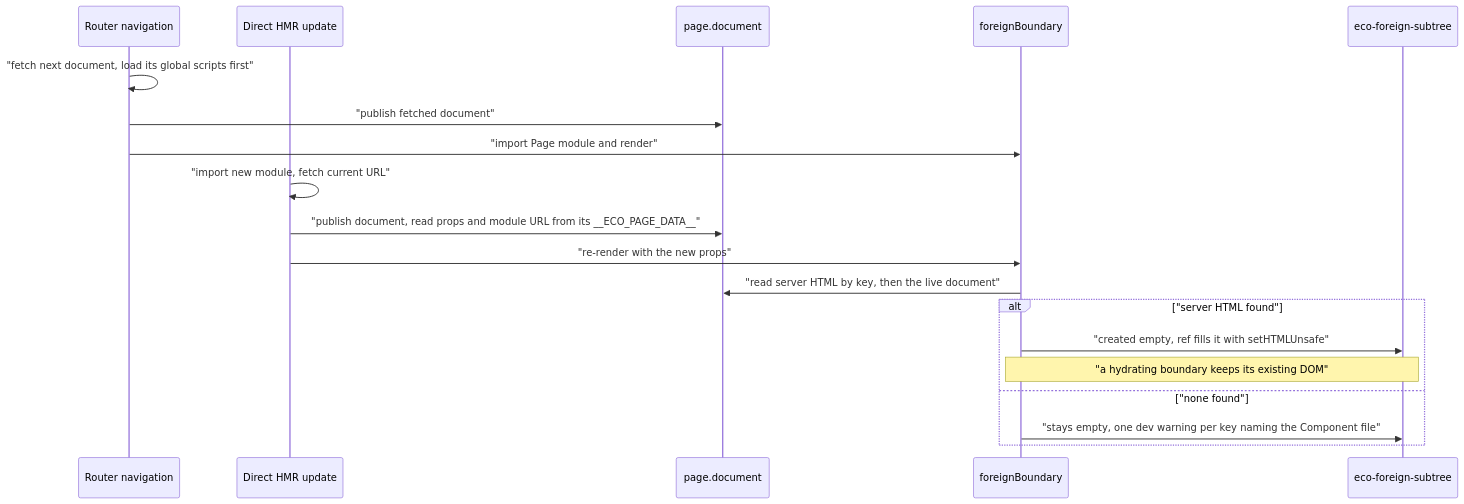
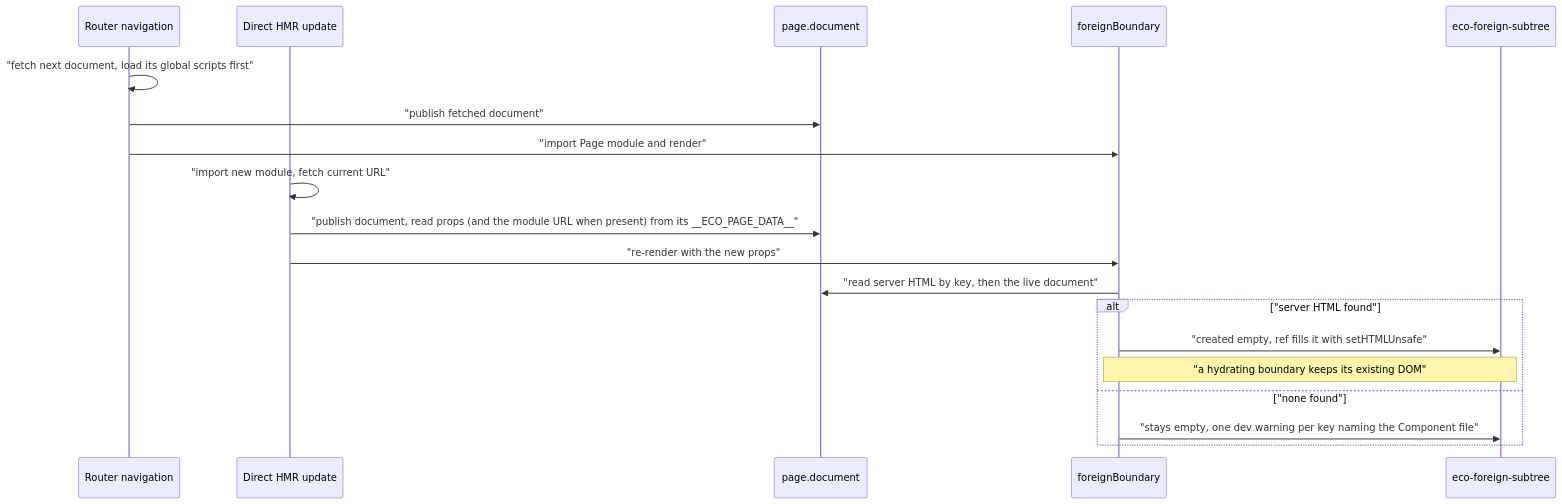
The fourth of 4 diagrams in apps/docs/src/content/dev/islands-hydration.mdx (ecopages/ecopages), drawn with Mermaid before and after one commit. The commit also changed 4 other files, not shown here.

Commit message:
docs(dev): tighten the diagram labels to match the code

````diff
--- a/apps/docs/src/content/dev/islands-hydration.mdx
+++ b/apps/docs/src/content/dev/islands-hydration.mdx
@@ -96,21 +96,21 @@
 ```mermaid
 sequenceDiagram
   participant N as Router navigation
   participant H as Direct HMR update
   participant D as page.document
   participant B as foreignBoundary
   participant E as eco-foreign-subtree
   N->>N: "fetch next document, load its global scripts first"
   N->>D: "publish fetched document"
   N->>B: "import Page module and render"
   H->>H: "import new module, fetch current URL"
-  H->>D: "publish document, read props and module URL from its __ECO_PAGE_DATA__"
+  H->>D: "publish document, read props (and the module URL when present) from its __ECO_PAGE_DATA__"
   H->>B: "re-render with the new props"
   B->>D: "read server HTML by key, then the live document"
   alt "server HTML found"
     B->>E: "created empty, ref fills it with setHTMLUnsafe"
     Note over B,E: "a hydrating boundary keeps its existing DOM"
   else "none found"
     B->>E: "stays empty, one dev warning per key naming the Component file"
   end
 ```
````
